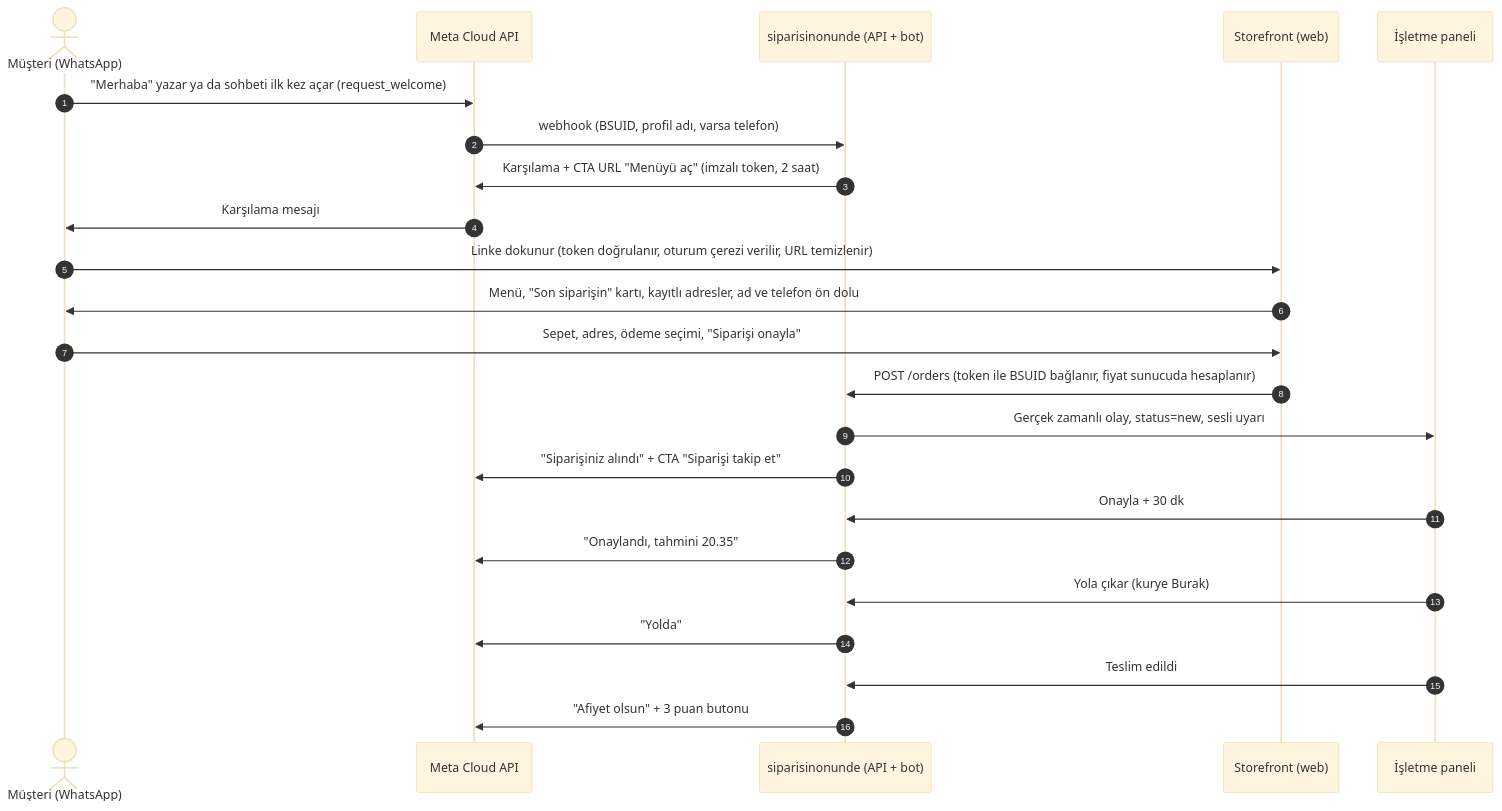
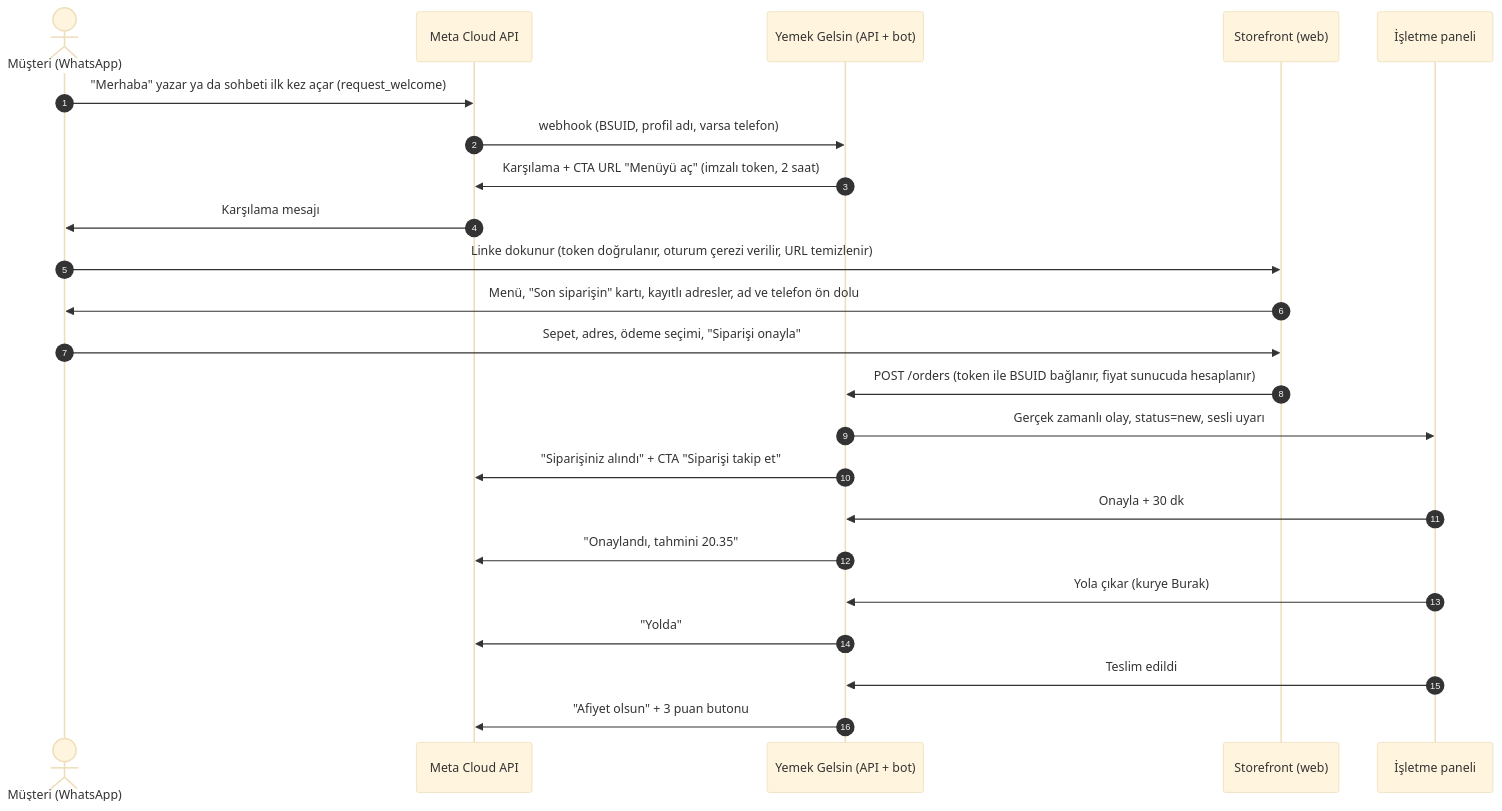
The first of 7 diagrams in docs/arastirma/05-urun-ux.md (eraycaylak/siparisinonunde), drawn with Mermaid (base theme) before and after one commit. The commit also changed other lines of this file and 99 other files, not shown here.

First line of the commit message:
Yemek Gelsin: marka adı, yemekgelsin.net alan adı, herkese açık demo

````diff
--- a/docs/arastirma/05-urun-ux.md
+++ b/docs/arastirma/05-urun-ux.md
@@ -131,25 +131,25 @@
 ```mermaid
 sequenceDiagram
     autonumber
     actor M as Müşteri (WhatsApp)
     participant WA as Meta Cloud API
-    participant S as siparisinonunde (API + bot)
+    participant S as Yemek Gelsin (API + bot)
     participant W as Storefront (web)
     participant P as İşletme paneli
     M->>WA: "Merhaba" yazar ya da sohbeti ilk kez açar (request_welcome)
     WA->>S: webhook (BSUID, profil adı, varsa telefon)
     S->>WA: Karşılama + CTA URL "Menüyü aç" (imzalı token, 2 saat)
     WA->>M: Karşılama mesajı
     M->>W: Linke dokunur (token doğrulanır, oturum çerezi verilir, URL temizlenir)
     W->>M: Menü, "Son siparişin" kartı, kayıtlı adresler, ad ve telefon ön dolu
     M->>W: Sepet, adres, ödeme seçimi, "Siparişi onayla"
     W->>S: POST /orders (token ile BSUID bağlanır, fiyat sunucuda hesaplanır)
     S->>P: Gerçek zamanlı olay, status=new, sesli uyarı
     S->>WA: "Siparişiniz alındı" + CTA "Siparişi takip et"
     P->>S: Onayla + 30 dk
     S->>WA: "Onaylandı, tahmini 20.35"
     P->>S: Yola çıkar (kurye Burak)
     S->>WA: "Yolda"
     P->>S: Teslim edildi
     S->>WA: "Afiyet olsun" + 3 puan butonu
 ```
````
